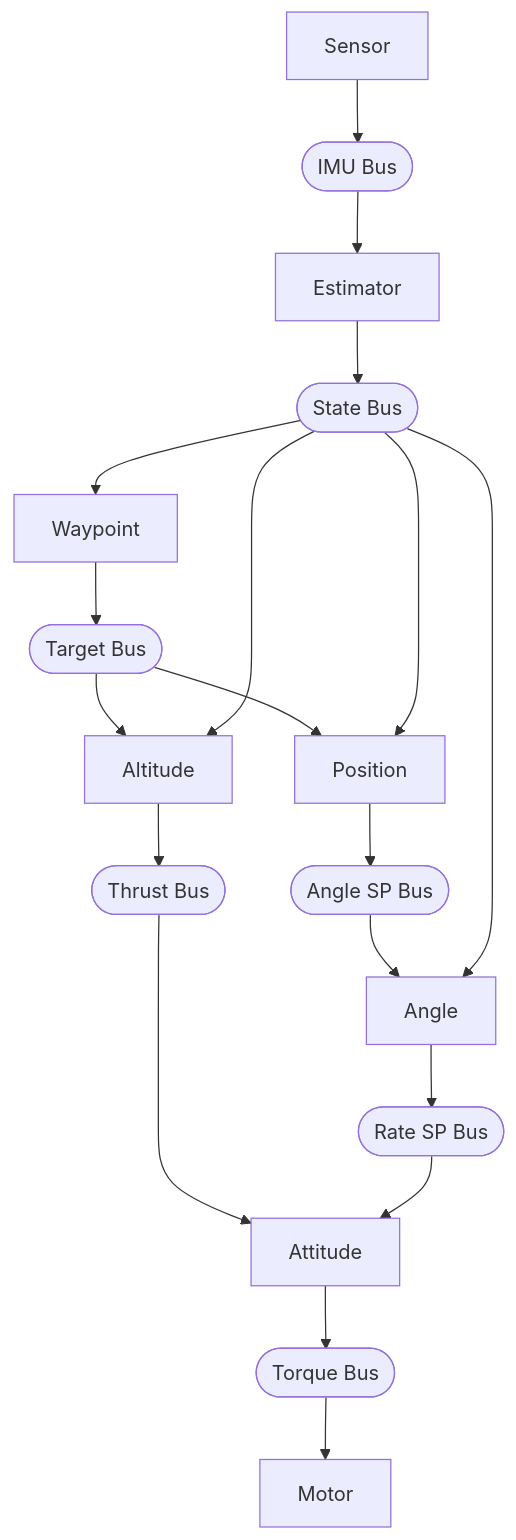
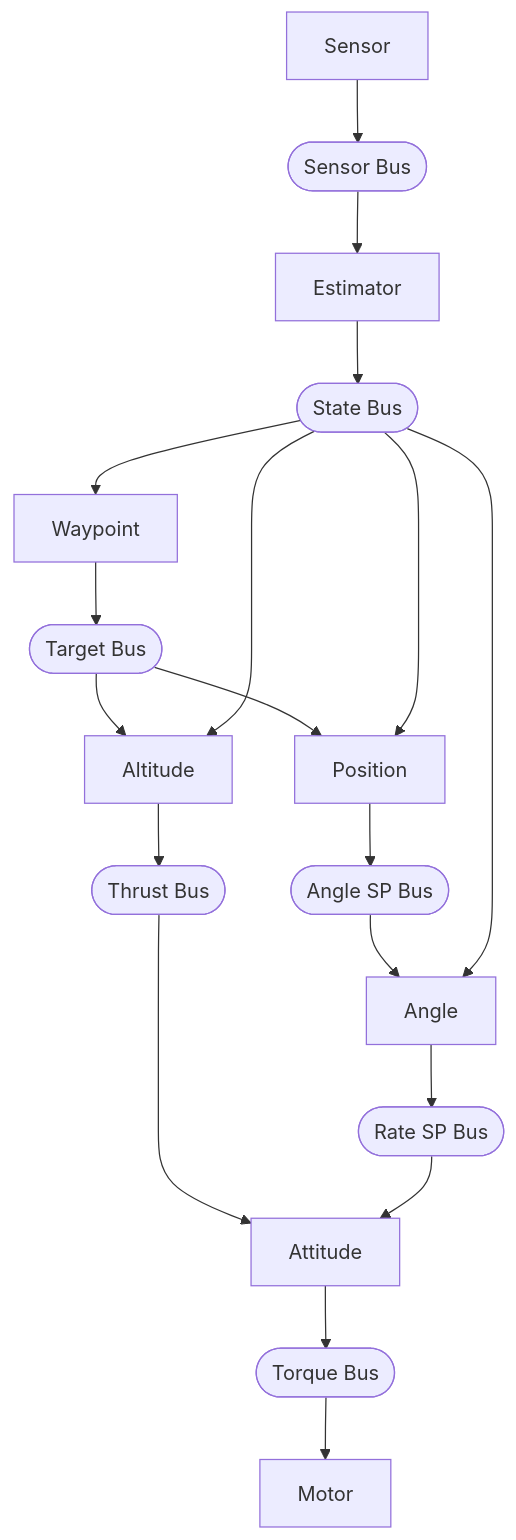
One commit to joagre/rt changed the diagram in examples/pilot/README.md. Above: the diagram before and after it, drawn with Mermaid. The commit also changed other lines of this file, not shown here.

First line of the commit message:
Update pilot README for sensor fusion and platform differences

````diff
--- a/examples/pilot/README.md
+++ b/examples/pilot/README.md
@@ -105,12 +108,12 @@
 ```mermaid
 graph TB
-    Sensor[Sensor] --> IMUBus([IMU Bus]) --> Estimator[Estimator] --> StateBus([State Bus])
+    Sensor[Sensor] --> SensorBus([Sensor Bus]) --> Estimator[Estimator] --> StateBus([State Bus])
 
     StateBus --> Waypoint[Waypoint] --> TargetBus([Target Bus])
     TargetBus --> Altitude[Altitude] --> ThrustBus([Thrust Bus]) --> Attitude[Attitude]
     TargetBus --> Position[Position]
     StateBus --> Altitude
     StateBus --> Position --> AngleSP([Angle SP Bus]) --> Angle[Angle]
     StateBus --> Angle --> RateSP([Rate SP Bus]) --> Attitude
     Attitude --> TorqueBus([Torque Bus]) --> Motor[Motor]
 ```
````
